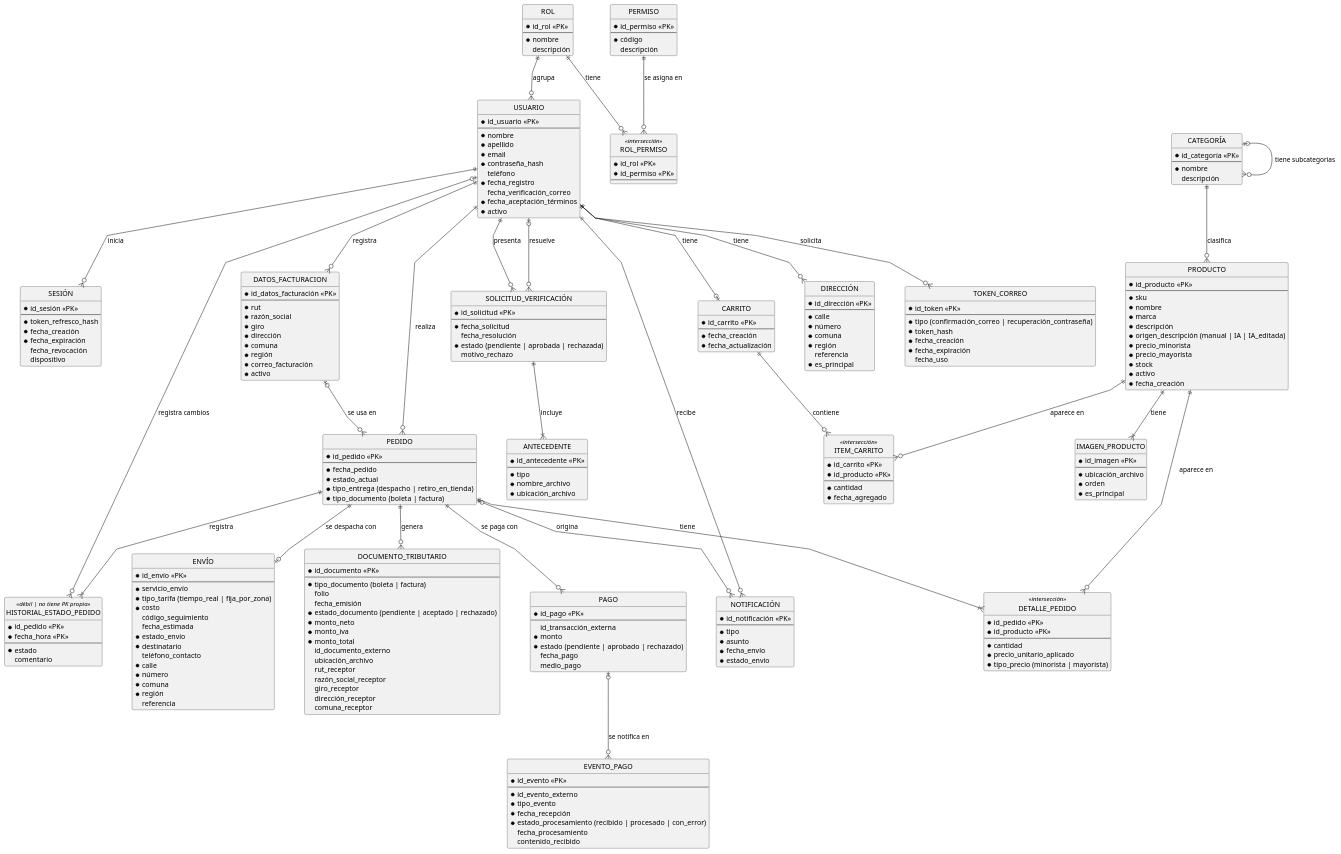
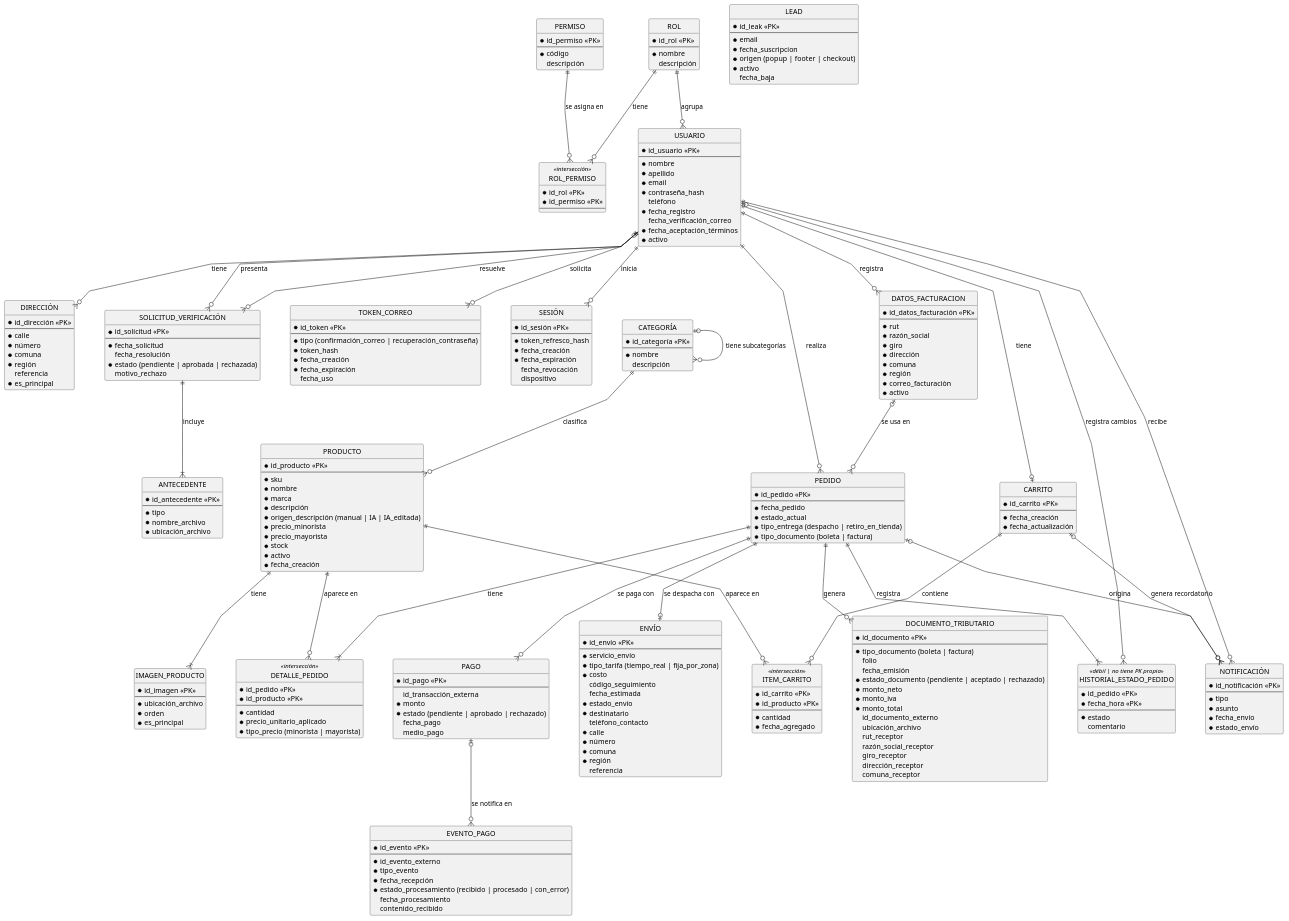
The diagram in diagramas/mer_completo.puml (Contrum-Projects/fase-1), drawn with PlantUML before and after one commit. The commit also changed 3 other files, not shown here.

Commit message:
Update use case diagram and entity relationship diagram with new use cases and LEAD entity

```diff
--- a/diagramas/mer_completo.puml
+++ b/diagramas/mer_completo.puml
@@ -121,6 +121,16 @@
   * ubicación_archivo
   * orden
   * es_principal
+}
+
+entity "LEAD" as LEAD {
+  * id_leak <<PK>>
+  --
+  * email
+  * fecha_suscripcion
+  * origen  (popup | footer | checkout)
+  * activo
+  fecha_baja
 }
 
 entity "CARRITO" as CARRITO {
@@ -258,6 +268,7 @@
 PRODUCTO ||--|{ IMAGEN : "tiene"
 USUARIO ||--o| CARRITO : "tiene"
 CARRITO ||--o{ ITEM_CARRITO : "contiene"
+CARRITO |o--o{ NOTIF : "genera recordatorio"
 PRODUCTO ||--o{ ITEM_CARRITO : "aparece en"
 USUARIO ||--o{ PEDIDO : "realiza"
 PEDIDO ||--|{ DETALLE : "tiene"
```
